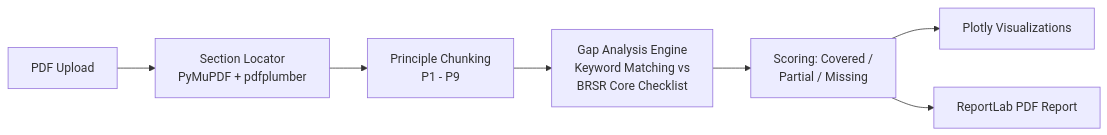
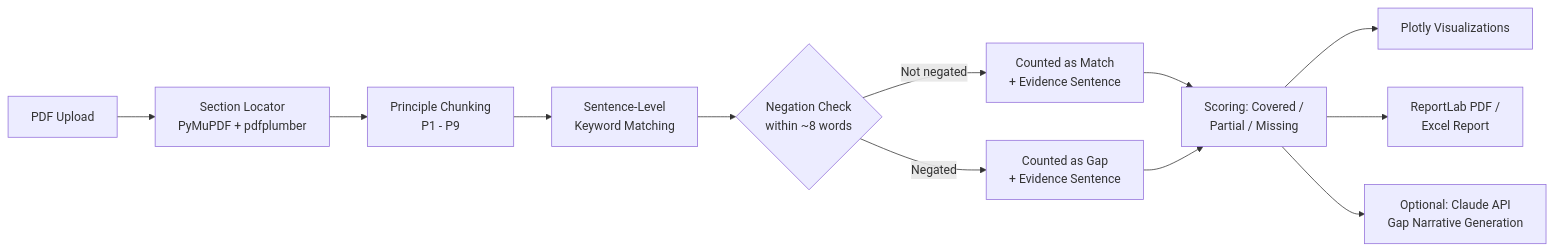
One commit to karan02566-prog/BRSR-gap-analysis-tool changed the diagram in README.md. Above: the diagram before and after it, drawn with Mermaid. The commit also changed other lines of this file, not shown here.

````diff
--- a/README.md
+++ b/README.md
@@ -63,9 +81,14 @@
 ```mermaid
 flowchart LR
     A[PDF Upload] --> B[Section Locator<br/>PyMuPDF + pdfplumber]
     B --> C[Principle Chunking<br/>P1 - P9]
-    C --> D[Gap Analysis Engine<br/>Keyword Matching vs<br/>BRSR Core Checklist]
-    D --> E[Scoring: Covered /<br/>Partial / Missing]
-    E --> F[Plotly Visualizations]
-    E --> G[ReportLab PDF Report]
+    C --> D[Sentence-Level<br/>Keyword Matching]
+    D --> E{Negation Check<br/>within ~8 words}
+    E -->|Not negated| F[Counted as Match<br/>+ Evidence Sentence]
+    E -->|Negated| G[Counted as Gap<br/>+ Evidence Sentence]
+    F --> H[Scoring: Covered /<br/>Partial / Missing]
+    G --> H
+    H --> I[Plotly Visualizations]
+    H --> J[ReportLab PDF /<br/>Excel Report]
+    H --> K[Optional: Claude API<br/>Gap Narrative Generation]
 ```
````
